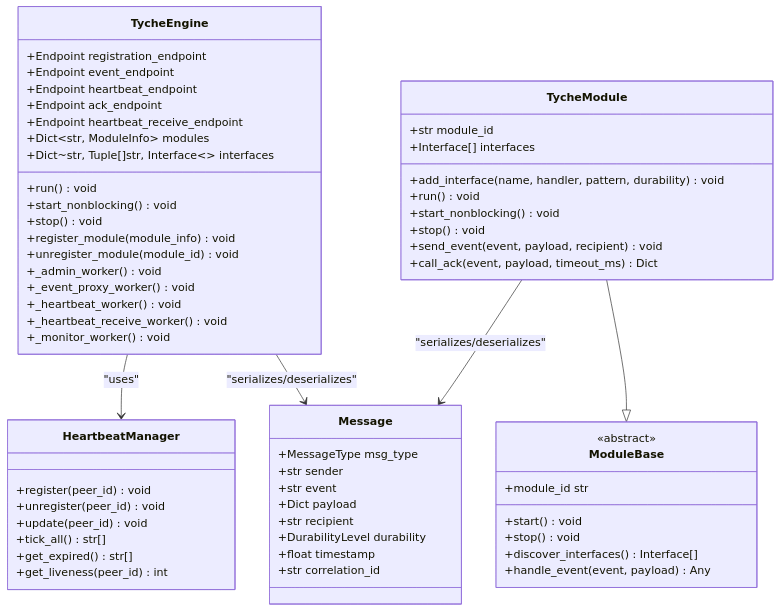
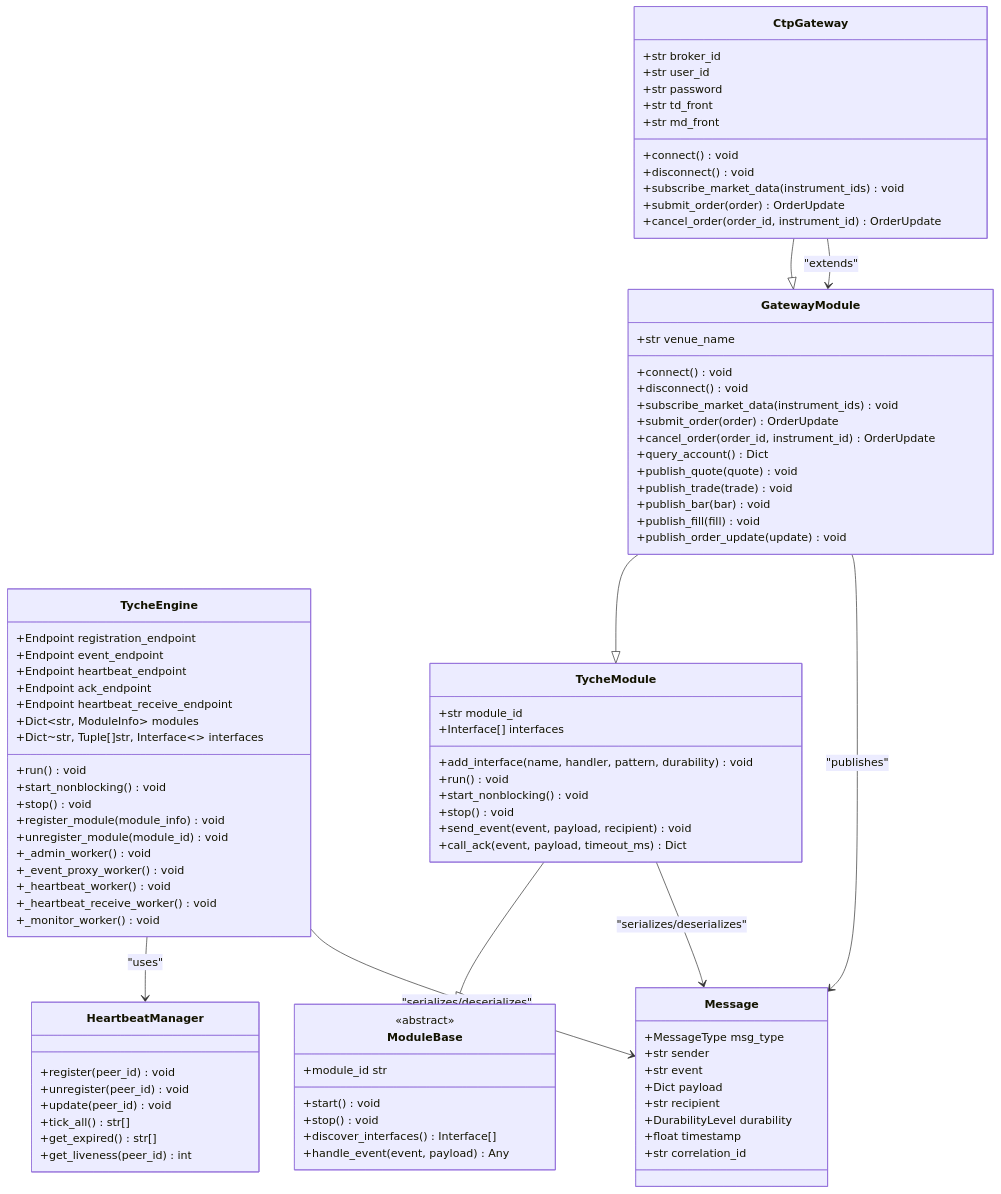
The third of 9 diagrams in .qoder/repowiki/en/content/Core Components/Core Components.md (zt281/TycheEngine), drawn with Mermaid before and after one commit. The commit also changed other lines of this file and 4 other files, not shown here.

````diff
--- a/.qoder/repowiki/en/content/Core Components/Core Components.md
+++ b/.qoder/repowiki/en/content/Core Components/Core Components.md
@@ -432,6 +619,32 @@
 +discover_interfaces() Interface[]
 +handle_event(event, payload) Any
 }
+class GatewayModule {
++str venue_name
++connect() void
++disconnect() void
++subscribe_market_data(instrument_ids) void
++submit_order(order) OrderUpdate
++cancel_order(order_id, instrument_id) OrderUpdate
++query_account() Dict
++publish_quote(quote) void
++publish_trade(trade) void
++publish_bar(bar) void
++publish_fill(fill) void
++publish_order_update(update) void
+}
+class CtpGateway {
++str broker_id
++str user_id
++str password
++str td_front
++str md_front
++connect() void
++disconnect() void
++subscribe_market_data(instrument_ids) void
++submit_order(order) OrderUpdate
++cancel_order(order_id, instrument_id) OrderUpdate
+}
 class Message {
 +MessageType msg_type
 +str sender
@@ -451,7 +664,11 @@
 +get_liveness(peer_id) int
 }
 TycheModule --|> ModuleBase
+GatewayModule --|> TycheModule
+CtpGateway --|> GatewayModule
 TycheEngine --> HeartbeatManager : "uses"
 TycheEngine --> Message : "serializes/deserializes"
 TycheModule --> Message : "serializes/deserializes"
+GatewayModule --> Message : "publishes"
+CtpGateway --> GatewayModule : "extends"
 ```
````
